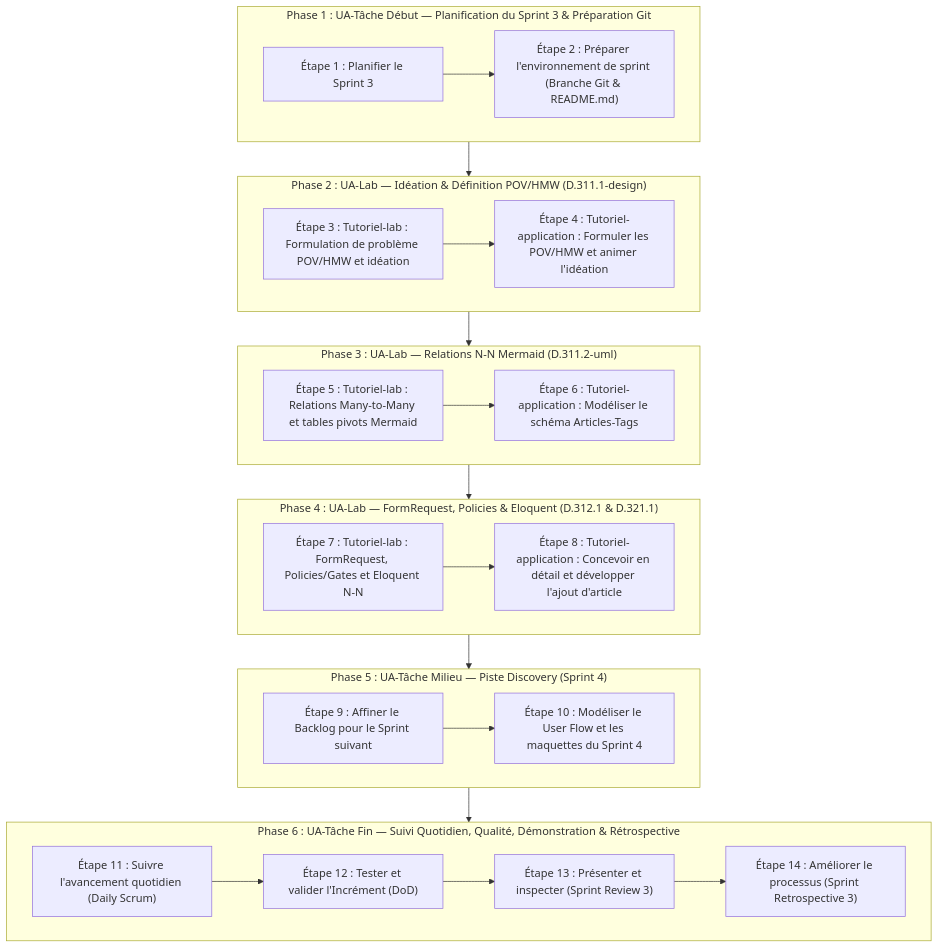
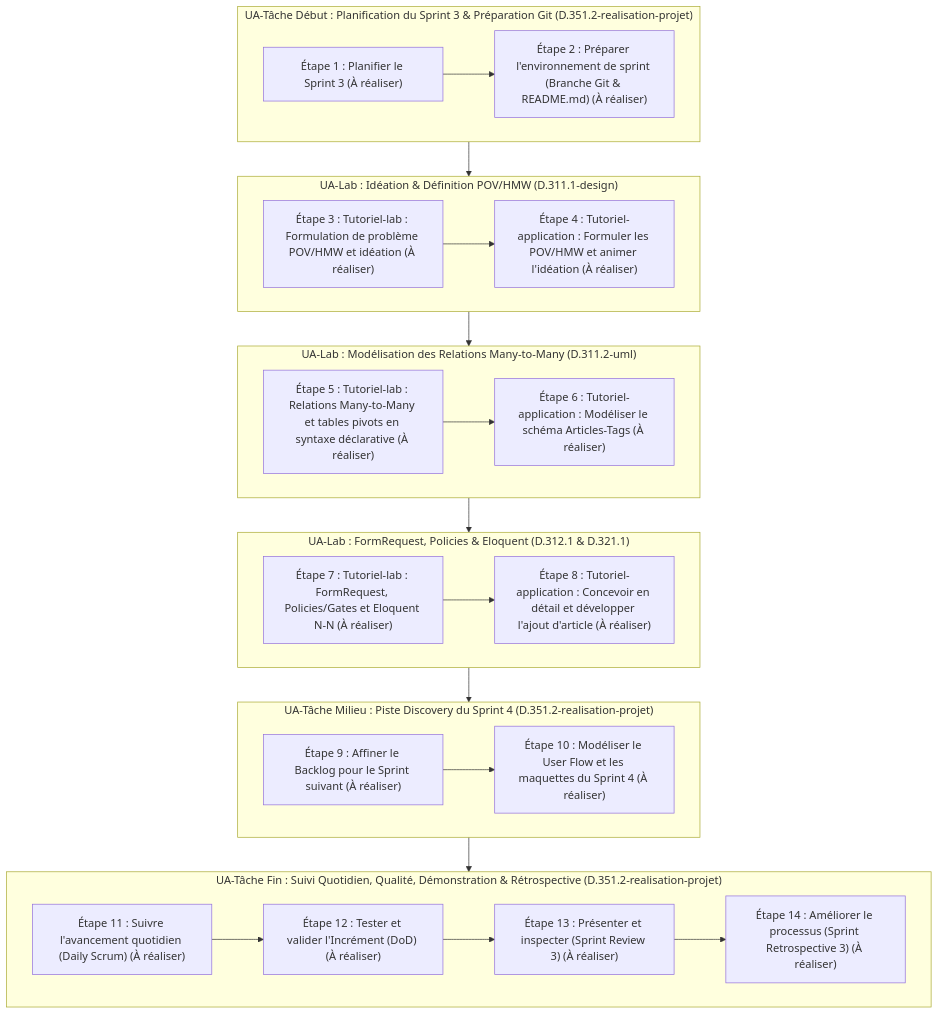
The diagram in flux-travail/sessions/flux-travail-s3.md (labs-web/projet-imiation-n3), drawn with Mermaid before and after one commit. The commit also changed other lines of this file and 8 other files, not shown here.

````diff
--- a/flux-travail/sessions/flux-travail-s3.md
+++ b/flux-travail/sessions/flux-travail-s3.md
@@ -57,42 +70,42 @@
 ```mermaid
 flowchart TD
-    subgraph P1 ["Phase 1 : UA-Tâche Début — Planification du Sprint 3 & Préparation Git"]
-        E1["Étape 1 : Planifier le Sprint 3"]
-        E2["Étape 2 : Préparer l'environnement de sprint (Branche Git & README.md)"]
+    subgraph UA1 ["UA-Tâche Début : Planification du Sprint 3 & Préparation Git (D.351.2-realisation-projet)"]
+        E1["Étape 1 : Planifier le Sprint 3 (À réaliser)"]
+        E2["Étape 2 : Préparer l'environnement de sprint (Branche Git & README.md) (À réaliser)"]
         E1 --> E2
     end
 
-    subgraph P2 ["Phase 2 : UA-Lab — Idéation & Définition POV/HMW (D.311.1-design)"]
-        E3["Étape 3 : Tutoriel-lab : Formulation de problème POV/HMW et idéation"]
-        E4["Étape 4 : Tutoriel-application : Formuler les POV/HMW et animer l'idéation"]
+    subgraph UA2 ["UA-Lab : Idéation & Définition POV/HMW (D.311.1-design)"]
+        E3["Étape 3 : Tutoriel-lab : Formulation de problème POV/HMW et idéation (À réaliser)"]
+        E4["Étape 4 : Tutoriel-application : Formuler les POV/HMW et animer l'idéation (À réaliser)"]
         E3 --> E4
     end
 
-    subgraph P3 ["Phase 3 : UA-Lab — Relations N-N Mermaid (D.311.2-uml)"]
-        E5["Étape 5 : Tutoriel-lab : Relations Many-to-Many et tables pivots Mermaid"]
-        E6["Étape 6 : Tutoriel-application : Modéliser le schéma Articles-Tags"]
+    subgraph UA3 ["UA-Lab : Modélisation des Relations Many-to-Many (D.311.2-uml)"]
+        E5["Étape 5 : Tutoriel-lab : Relations Many-to-Many et tables pivots en syntaxe déclarative (À réaliser)"]
+        E6["Étape 6 : Tutoriel-application : Modéliser le schéma Articles-Tags (À réaliser)"]
         E5 --> E6
     end
 
-    subgraph P4 ["Phase 4 : UA-Lab — FormRequest, Policies & Eloquent (D.312.1 & D.321.1)"]
-        E7["Étape 7 : Tutoriel-lab : FormRequest, Policies/Gates et Eloquent N-N"]
-        E8["Étape 8 : Tutoriel-application : Concevoir en détail et développer l'ajout d'article"]
+    subgraph UA4 ["UA-Lab : FormRequest, Policies & Eloquent (D.312.1 & D.321.1)"]
+        E7["Étape 7 : Tutoriel-lab : FormRequest, Policies/Gates et Eloquent N-N (À réaliser)"]
+        E8["Étape 8 : Tutoriel-application : Concevoir en détail et développer l'ajout d'article (À réaliser)"]
         E7 --> E8
     end
 
-    subgraph P5 ["Phase 5 : UA-Tâche Milieu — Piste Discovery (Sprint 4)"]
-        E9["Étape 9 : Affiner le Backlog pour le Sprint suivant"]
-        E10["Étape 10 : Modéliser le User Flow et les maquettes du Sprint 4"]
+    subgraph UA5 ["UA-Tâche Milieu : Piste Discovery du Sprint 4 (D.351.2-realisation-projet)"]
+        E9["Étape 9 : Affiner le Backlog pour le Sprint suivant (À réaliser)"]
+        E10["Étape 10 : Modéliser le User Flow et les maquettes du Sprint 4 (À réaliser)"]
         E9 --> E10
     end
 
-    subgraph P6 ["Phase 6 : UA-Tâche Fin — Suivi Quotidien, Qualité, Démonstration & Rétrospective"]
-        E11["Étape 11 : Suivre l'avancement quotidien (Daily Scrum)"]
-        E12["Étape 12 : Tester et valider l'Incrément (DoD)"]
-        E13["Étape 13 : Présenter et inspecter (Sprint Review 3)"]
-        E14["Étape 14 : Améliorer le processus (Sprint Retrospective 3)"]
+    subgraph UA6 ["UA-Tâche Fin : Suivi Quotidien, Qualité, Démonstration & Rétrospective (D.351.2-realisation-projet)"]
+        E11["Étape 11 : Suivre l'avancement quotidien (Daily Scrum) (À réaliser)"]
+        E12["Étape 12 : Tester et valider l'Incrément (DoD) (À réaliser)"]
+        E13["Étape 13 : Présenter et inspecter (Sprint Review 3) (À réaliser)"]
+        E14["Étape 14 : Améliorer le processus (Sprint Retrospective 3) (À réaliser)"]
         E11 --> E12 --> E13 --> E14
     end
 
-    P1 --> P2 --> P3 --> P4 --> P5 --> P6
+    UA1 --> UA2 --> UA3 --> UA4 --> UA5 --> UA6
 ```
````
